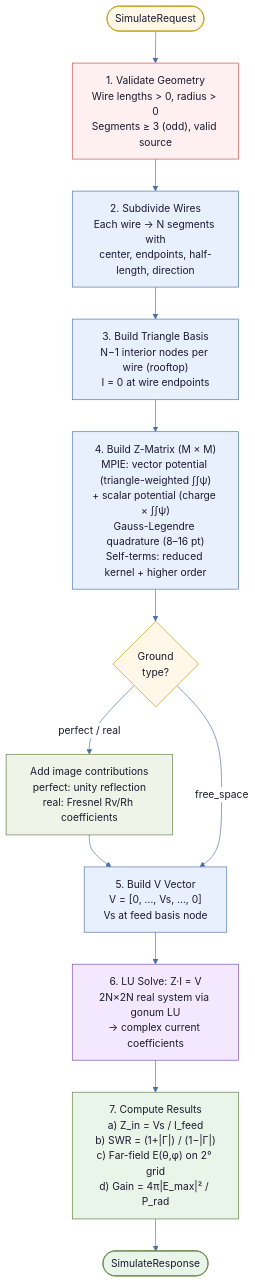
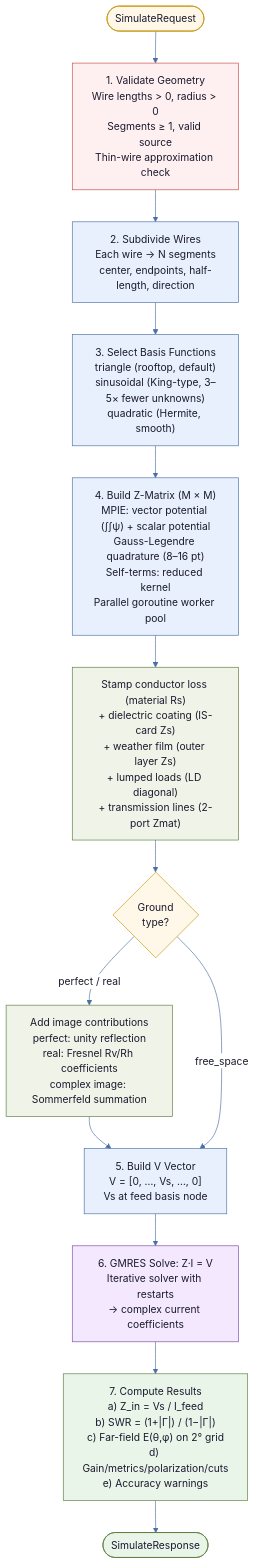
The second of 2 diagrams in ARCHITECTURE.md (Sergio-Slobodrian/VE3KSM-Antenna-Studio), drawn with Mermaid before and after one commit. The commit also changed other lines of this file, not shown here.

Commit message:
Updated the architecture document.

````diff
--- a/ARCHITECTURE.md
+++ b/ARCHITECTURE.md
@@ -112,33 +165,35 @@
 ```mermaid
 %%{init: {'theme': 'base', 'themeVariables': {'primaryColor': '#e8f0fe', 'primaryTextColor': '#1a1a2e', 'primaryBorderColor': '#4a6fa5', 'lineColor': '#4a6fa5', 'background': '#ffffff', 'nodeBorder': '#4a6fa5', 'edgeLabelBackground': '#ffffff'}}}%%
 flowchart TD
     IN(["SimulateRequest"])
-    V1["1. Validate Geometry<br/>Wire lengths > 0, radius > 0<br/>Segments ≥ 3 (odd), valid source"]
-    V2["2. Subdivide Wires<br/>Each wire → N segments with<br/>center, endpoints, half-length, direction"]
-    V3["3. Build Triangle Basis<br/>N−1 interior nodes per wire (rooftop)<br/>I = 0 at wire endpoints"]
-    V4["4. Build Z-Matrix (M × M)<br/>MPIE: vector potential (triangle-weighted ∫∫ψ)<br/>+ scalar potential (charge × ∫∫ψ)<br/>Gauss-Legendre quadrature (8–16 pt)<br/>Self-terms: reduced kernel + higher order"]
+    V1["1. Validate Geometry<br/>Wire lengths > 0, radius > 0<br/>Segments ≥ 1, valid source<br/>Thin-wire approximation check"]
+    V2["2. Subdivide Wires<br/>Each wire → N segments<br/>center, endpoints, half-length, direction"]
+    V3["3. Select Basis Functions<br/>triangle (rooftop, default)<br/>sinusoidal (King-type, 3–5× fewer unknowns)<br/>quadratic (Hermite, smooth)"]
+    V4["4. Build Z-Matrix (M × M)<br/>MPIE: vector potential (∫∫ψ) + scalar potential<br/>Gauss-Legendre quadrature (8–16 pt)<br/>Self-terms: reduced kernel<br/>Parallel goroutine worker pool"]
+    V4L["Stamp conductor loss (material Rs)<br/>+ dielectric coating (IS-card Zs)<br/>+ weather film (outer layer Zs)<br/>+ lumped loads (LD diagonal)<br/>+ transmission lines (2-port Zmat)"]
     V4G{"Ground<br/>type?"}
-    V4I["Add image contributions<br/>perfect: unity reflection<br/>real: Fresnel Rv/Rh coefficients"]
+    V4I["Add image contributions<br/>perfect: unity reflection<br/>real: Fresnel Rv/Rh coefficients<br/>complex image: Sommerfeld summation"]
     V5["5. Build V Vector<br/>V = [0, …, Vs, …, 0]<br/>Vs at feed basis node"]
-    V6["6. LU Solve: Z·I = V<br/>2N×2N real system via gonum LU<br/>→ complex current coefficients"]
-    V7["7. Compute Results<br/>a) Z_in = Vs / I_feed<br/>b) SWR = (1+|Γ|) / (1−|Γ|)<br/>c) Far-field E(θ,φ) on 2° grid<br/>d) Gain = 4π|E_max|² / P_rad"]
+    V6["6. GMRES Solve: Z·I = V<br/>Iterative solver with restarts<br/>→ complex current coefficients"]
+    V7["7. Compute Results<br/>a) Z_in = Vs / I_feed<br/>b) SWR = (1+|Γ|) / (1−|Γ|)<br/>c) Far-field E(θ,φ) on 2° grid<br/>d) Gain/metrics/polarization/cuts<br/>e) Accuracy warnings"]
     OUT(["SimulateResponse"])
 
     IN --> V1 --> V2 --> V3 --> V4
-    V4 --> V4G
+    V4 --> V4L --> V4G
     V4G -->|"perfect / real"| V4I --> V5
     V4G -->|"free_space"| V5
     V5 --> V6 --> V7 --> OUT
 
     style IN fill:#fff8e8,stroke:#c4950a,color:#1a1a2e
     style OUT fill:#eaf5ea,stroke:#5a7a3a,color:#1a1a2e
     style V1 fill:#fef0f0,stroke:#c44a4a,color:#1a1a2e
     style V2 fill:#e8f0fe,stroke:#4a6fa5,color:#1a1a2e
     style V3 fill:#e8f0fe,stroke:#4a6fa5,color:#1a1a2e
     style V4 fill:#e8f0fe,stroke:#4a6fa5,color:#1a1a2e
+    style V4L fill:#f0f4e8,stroke:#5a7a3a,color:#1a1a2e
     style V4G fill:#fff8e8,stroke:#c4950a,color:#1a1a2e
     style V4I fill:#f0f4e8,stroke:#5a7a3a,color:#1a1a2e
     style V5 fill:#e8f0fe,stroke:#4a6fa5,color:#1a1a2e
     style V6 fill:#f3e8fe,stroke:#7a4aa5,color:#1a1a2e
     style V7 fill:#eaf5ea,stroke:#5a7a3a,color:#1a1a2e
 ```
````
